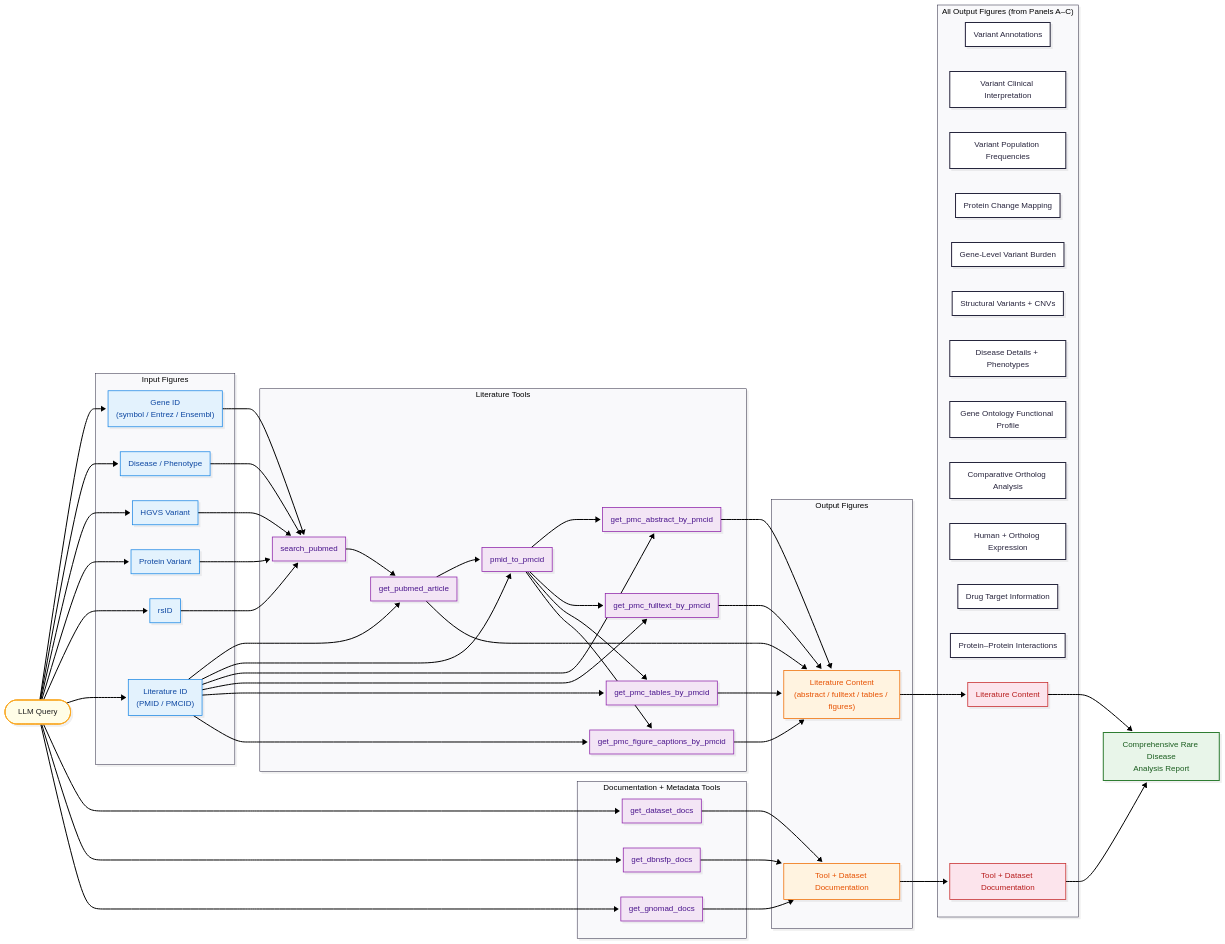
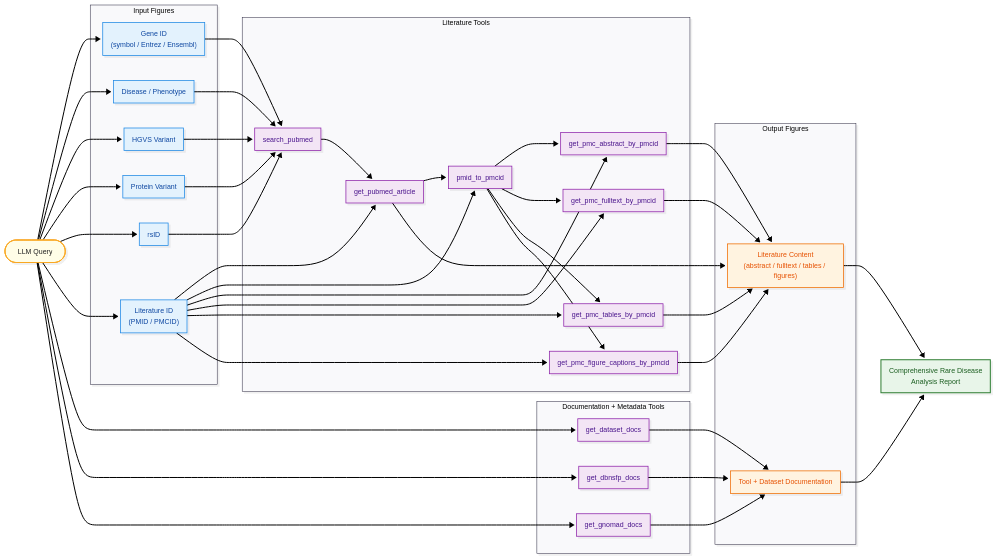
One commit to hyunhwan-bcm/MARRVEL_MCP changed the third of 3 diagrams in docs/TOOL_RELATIONSHIPS_DETAILED.md. Above: the diagram before and after it, drawn with Mermaid. The commit also changed other lines of this file, not shown here.

Commit message:
Refactor output relationships in TOOL_RELATIONSHIPS_DETAILED.md (#335)
* Refactor output relationships in TOOL_RELATIONSHIPS_DETAILED.md

Removed the subgraph for all output figures and updated connections to the comprehensive rare disease analysis report.

* Remove Outputs from Panels A & B section

Removed the Outputs from Panels A & B section.

* Remove font size and family from themeVariables

Removed themeVariables configuration for font size and family.

````diff
--- a/docs/TOOL_RELATIONSHIPS_DETAILED.md
+++ b/docs/TOOL_RELATIONSHIPS_DETAILED.md
@@ -217,9 +211,6 @@
   layout: dagre
   theme: redux
   look: neo
-  themeVariables:
-    fontSize: 16px
-    fontFamily: Arial, Helvetica, sans-serif
 ---
 flowchart LR
     Q([LLM Query])
@@ -252,23 +243,6 @@
     subgraph Output_Figures_C["Output Figures"]
         O_literature["Literature Content<br/>(abstract / fulltext / tables / figures)"]
         O_docs["Tool + Dataset Documentation"]
-    end
-
-    subgraph All_Outputs["All Output Figures (from Panels A–C)"]
-        O_variant["Variant Annotations"]
-        O_variant_clin["Variant Clinical Interpretation"]
-        O_variant_freq["Variant Population Frequencies"]
-        O_protein_change["Protein Change Mapping"]
-        O_gene_stats["Gene-Level Variant Burden"]
-        O_cnv["Structural Variants + CNVs"]
-        O_disease["Disease Details + Phenotypes"]
-        O_go["Gene Ontology Functional Profile"]
-        O_ortholog["Comparative Ortholog Analysis"]
-        O_tissue["Human + Ortholog Expression"]
-        O_drug["Drug Target Information"]
-        O_ppi["Protein–Protein Interactions"]
-        O_lit_ref["Literature Content"]
-        O_docs_ref["Tool + Dataset Documentation"]
     end
 
     R["Comprehensive Rare Disease<br/>Analysis Report"]
@@ -310,23 +284,19 @@
     T_dbnsfp_docs --> O_docs
     T_gnomad_docs --> O_docs
 
-    O_literature --> O_lit_ref
-    O_docs --> O_docs_ref
-
-    O_lit_ref --> R
-    O_docs_ref --> R
+    O_literature --> R
+    O_docs --> R
 
     classDef queryNode fill:#fffde7,stroke:#f9a825,stroke-width:2px,color:#212121
     classDef inputNode fill:#e3f2fd,stroke:#1e88e5,stroke-width:1.5px,color:#0d47a1
     classDef toolNode fill:#f3e5f5,stroke:#8e24aa,stroke-width:1.5px,color:#4a148c
     classDef outputNode fill:#fff3e0,stroke:#ef6c00,stroke-width:1.5px,color:#e65100
     classDef reportNode fill:#e8f5e9,stroke:#2e7d32,stroke-width:2px,color:#1b5e20
-    classDef synthNode fill:#fce4ec,stroke:#c62828,stroke-width:1.5px,color:#b71c1c
+    classDef refNode fill:#fce4ec,stroke:#c62828,stroke-width:2px,color:#b71c1c
 
     class Q queryNode
     class I_gene,I_disease,I_hgvs,I_protein,I_rsid,I_lit inputNode
     class T_pubmed_search,T_pubmed_article,T_pmid_pmcid,T_pmc_abs,T_pmc_full,T_pmc_tables,T_pmc_figs,T_dataset_docs,T_dbnsfp_docs,T_gnomad_docs toolNode
     class O_literature,O_docs outputNode
-    class O_lit_ref,O_docs_ref synthNode
     class R reportNode
 ```
````
